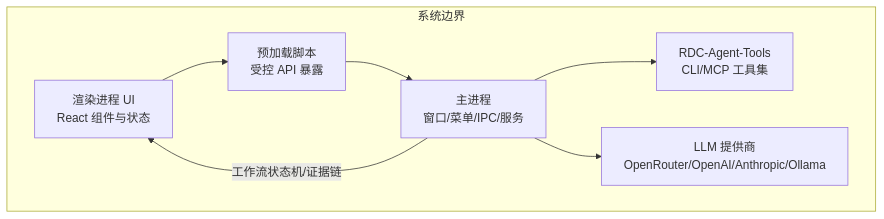
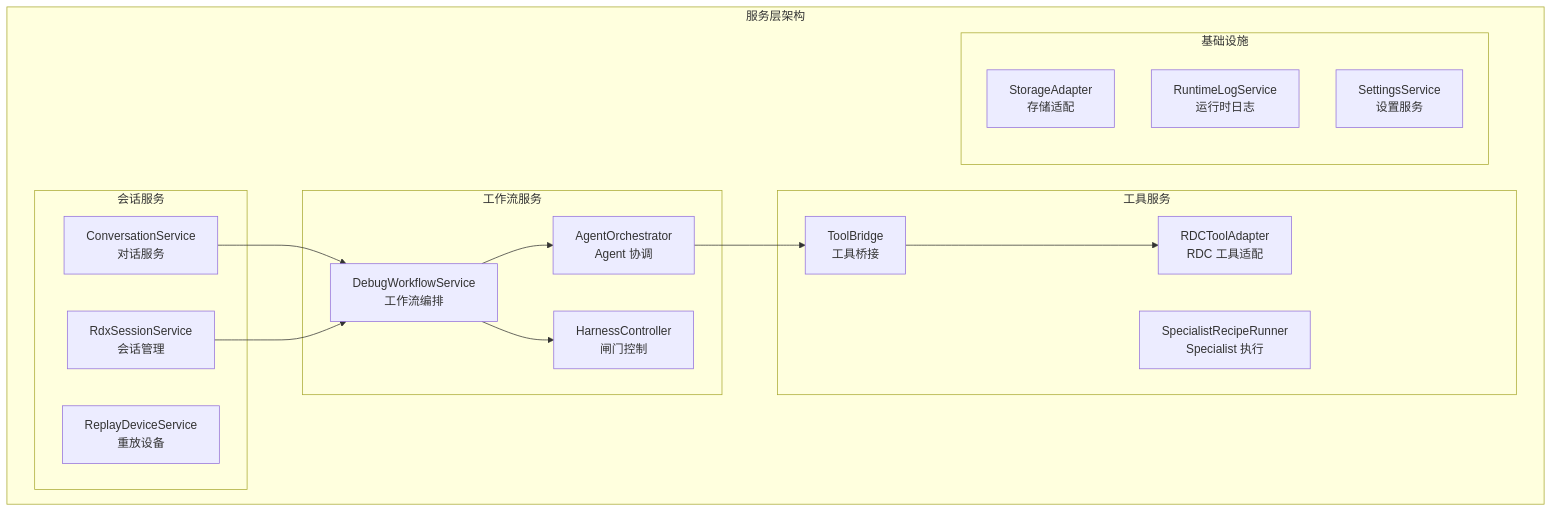
One commit to haolange/RDC-Agent changed the third of 6 diagrams in .qoder/repowiki/zh/content/架构设计/架构设计.md. Above: the diagram before and after it, drawn with Mermaid. The commit also changed other lines of this file and 15 other files, not shown here.

````diff
--- a/.qoder/repowiki/zh/content/架构设计/架构设计.md
+++ b/.qoder/repowiki/zh/content/架构设计/架构设计.md
@@ -128,15 +163,31 @@
 ```mermaid
 graph TB
-subgraph "系统边界"
-UI["渲染进程 UI<br/>React 组件与状态"]
-PRE["预加载脚本<br/>受控 API 暴露"]
-MAIN["主进程<br/>窗口/菜单/IPC/服务"]
-TOOLS["RDC-Agent-Tools<br/>CLI/MCP 工具集"]
-LLM["LLM 提供商<br/>OpenRouter/OpenAI/Anthropic/Ollama"]
+subgraph "服务层架构"
+subgraph "工作流服务"
+DWS["DebugWorkflowService<br/>工作流编排"]
+ACS["AgentOrchestrator<br/>Agent 协调"]
+HCS["HarnessController<br/>闸门控制"]
 end
-UI --> PRE
-PRE --> MAIN
-MAIN --> TOOLS
-MAIN --> LLM
-MAIN --> |"工作流状态机/证据链"| UI
+subgraph "工具服务"
+TBS["ToolBridge<br/>工具桥接"]
+RTA["RDCToolAdapter<br/>RDC 工具适配"]
+SRS["SpecialistRecipeRunner<br/>Specialist 执行"]
+end
+subgraph "会话服务"
+RSS["RdxSessionService<br/>会话管理"]
+RCS["ReplayDeviceService<br/>重放设备"]
+CSS["ConversationService<br/>对话服务"]
+end
+subgraph "基础设施"
+SAS["StorageAdapter<br/>存储适配"]
+RLS["RuntimeLogService<br/>运行时日志"]
+SS["SettingsService<br/>设置服务"]
+end
+end
+DWS --> ACS
+DWS --> HCS
+ACS --> TBS
+TBS --> RTA
+CSS --> DWS
+RSS --> DWS
 ```
````
